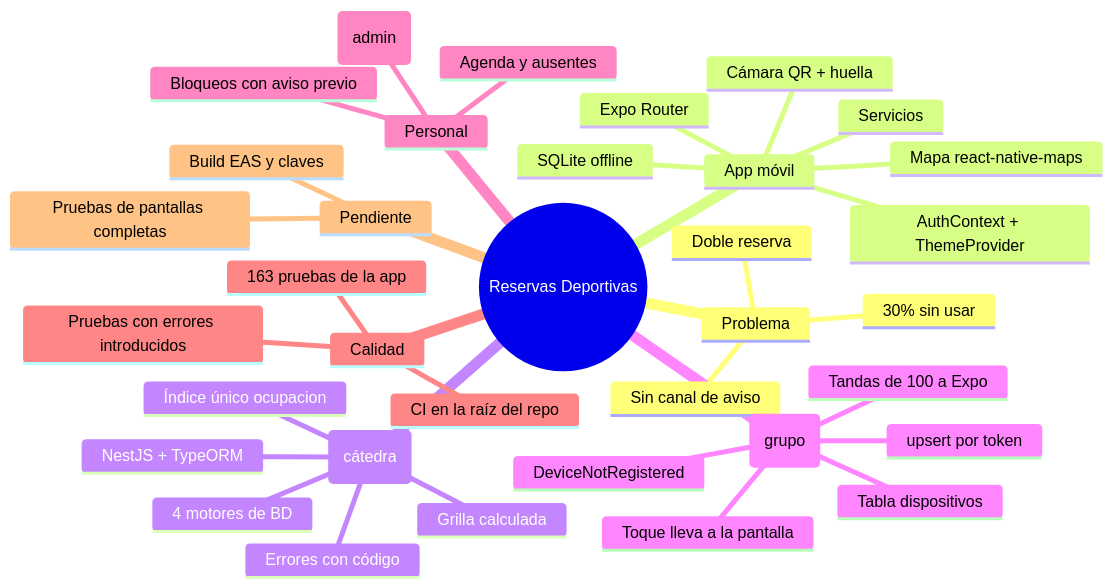
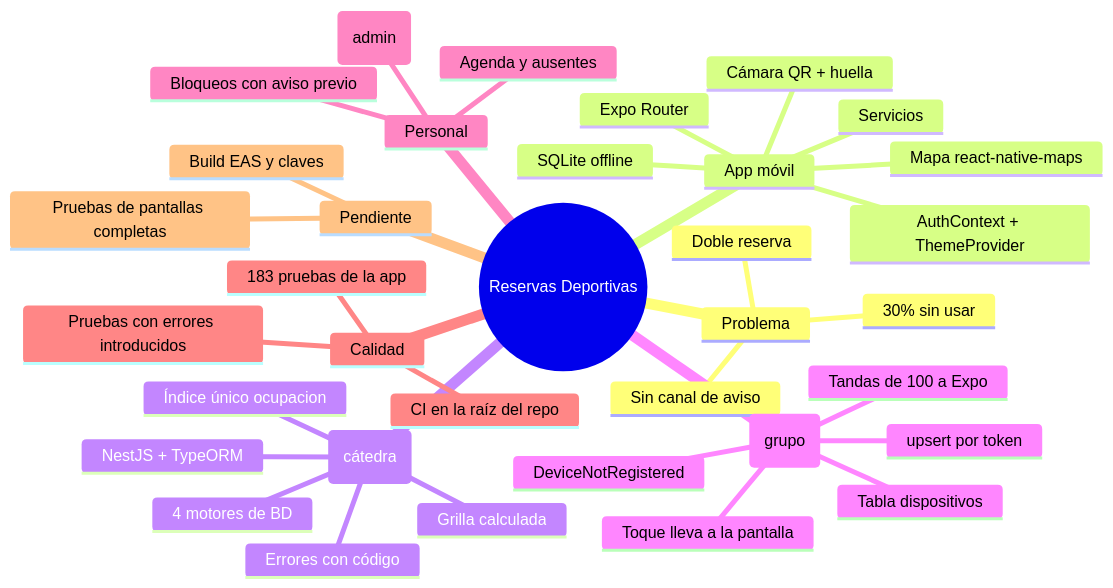
The diagram in docs/09-guia-de-defensa.md (lucas12cn/proyecto-final-reservas), drawn with Mermaid before and after one commit. The commit also changed other lines of this file and 14 other files, not shown here.

````diff
--- a/docs/09-guia-de-defensa.md
+++ b/docs/09-guia-de-defensa.md
@@ -276,38 +276,38 @@
 ```mermaid
 mindmap
   root((Reservas Deportivas))
     Problema
       Doble reserva
       Sin canal de aviso
       30% sin usar
     App móvil
       Expo Router
       AuthContext + ThemeProvider
       Servicios
       SQLite offline
       Cámara QR + huella
       Mapa react-native-maps
     API (cátedra)
       NestJS + TypeORM
       Grilla calculada
       Índice único ocupacion
       Errores con código
       4 motores de BD
     Push (grupo)
       Tabla dispositivos
       upsert por token
       Tandas de 100 a Expo
       DeviceNotRegistered
       Toque lleva a la pantalla
     Personal
       Agenda y ausentes
       Bloqueos con aviso previo
       Fijas y precios (admin)
     Calidad
-      163 pruebas de la app
+      183 pruebas de la app
       Pruebas con errores introducidos
       CI en la raíz del repo
     Pendiente
       Build EAS y claves
       Pruebas de pantallas completas
 ```
````
